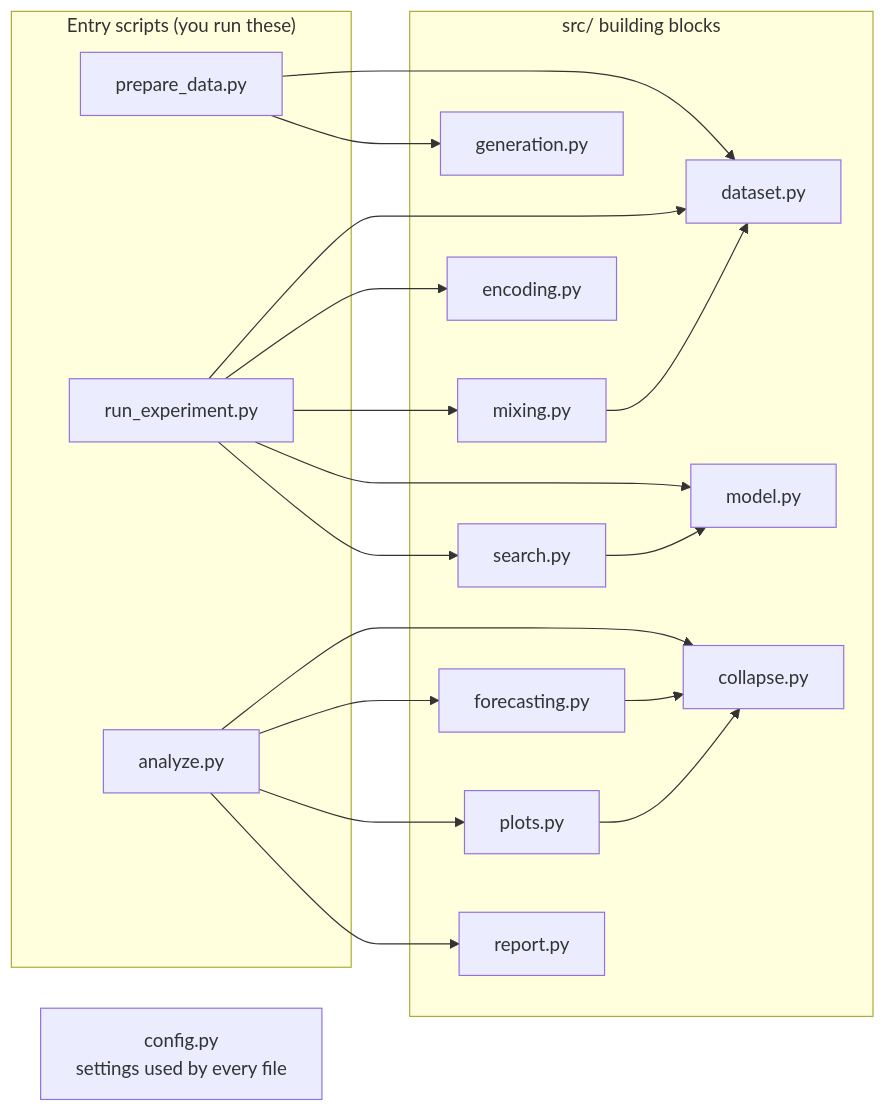
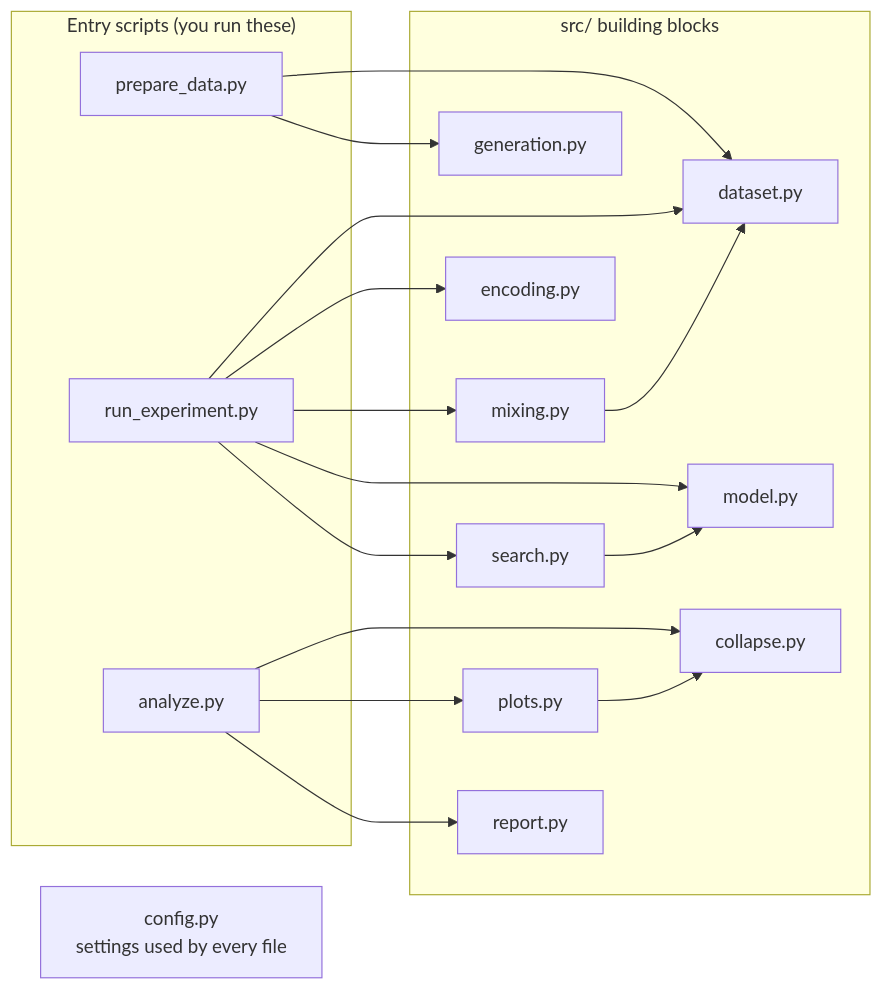
One commit to Ramprasath-0103/blackmirror changed the second of 2 diagrams in README.md. Above: the diagram before and after it, drawn with Mermaid. The commit also changed other lines of this file and 12 other files, not shown here.

````diff
--- a/README.md
+++ b/README.md
@@ -246,31 +294,29 @@
 ```mermaid
 flowchart LR
     subgraph RUN["Entry scripts (you run these)"]
         PD["prepare_data.py"]
         RE["run_experiment.py"]
         AN["analyze.py"]
     end
 
     subgraph SRC["src/ building blocks"]
         DS["dataset.py"]
         GEN["generation.py"]
         MIX["mixing.py"]
         ENC["encoding.py"]
         MOD["model.py"]
         SEA["search.py"]
         COL["collapse.py"]
-        FOR["forecasting.py"]
         PLO["plots.py"]
         REP["report.py"]
     end
 
     CFG["config.py<br/>settings used by every file"]
 
     PD --> DS & GEN
     RE --> DS & ENC & MIX & MOD & SEA
-    AN --> COL & FOR & PLO & REP
+    AN --> COL & PLO & REP
     MIX --> DS
     SEA --> MOD
-    FOR --> COL
     PLO --> COL
 ```
````
